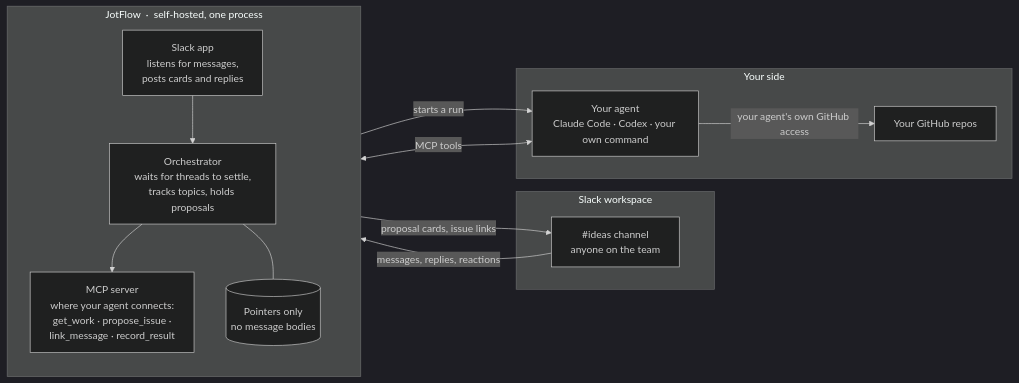
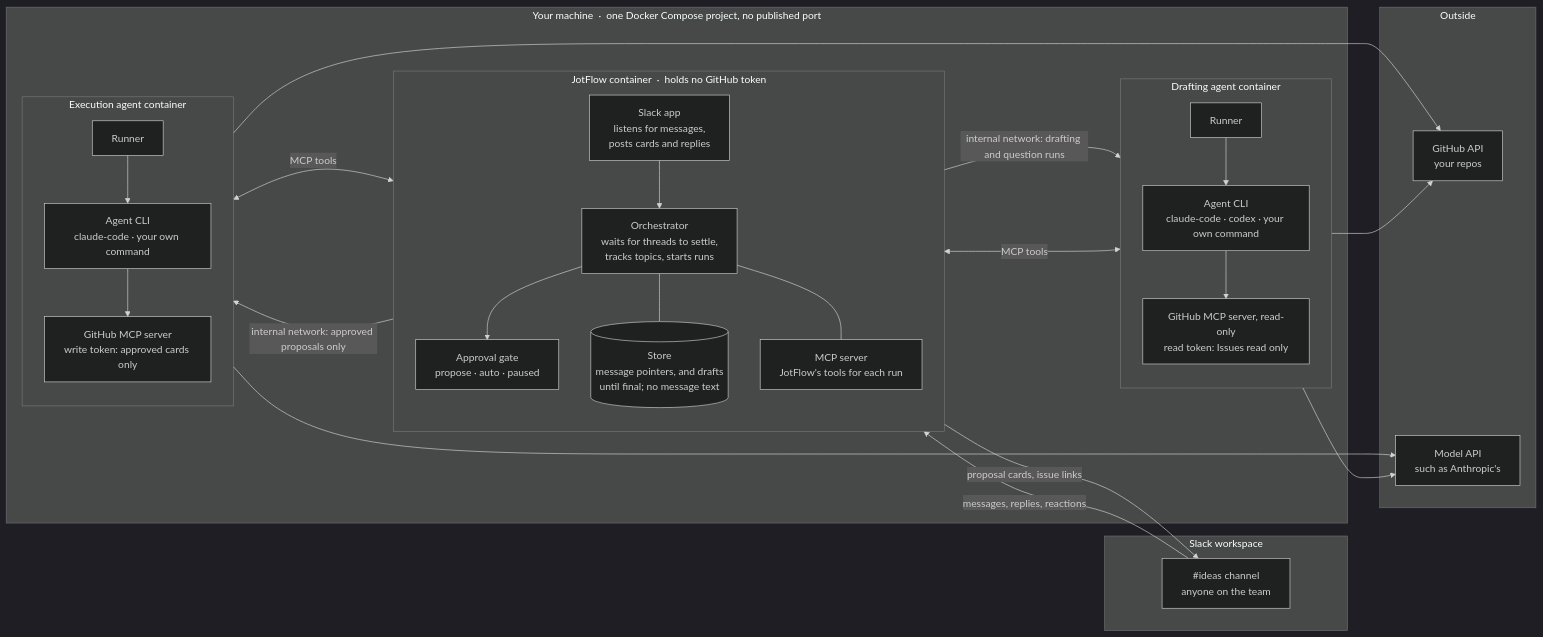
Before and after one commit to Jnkman787/jotflow: the first of 2 diagrams in README.md, drawn with Mermaid (dark theme). The commit also changed other lines of this file, not shown here.

Commit message:
docs(readme): redraw both diagrams for v0.1.0's three containers and the gate's checks (#223)
* docs(readme): redraw both diagrams for v0.1.0's three containers and the gate's checks

Refs #41

* docs(readme): the source-author check applies only with approvers on

````diff
--- a/README.md
+++ b/README.md
@@ -19,27 +19,50 @@
 ```mermaid
 flowchart LR
     subgraph slack["Slack workspace"]
         ch["#ideas channel<br/>anyone on the team"]
     end
 
-    subgraph jotflow["JotFlow &nbsp;·&nbsp; self-hosted, one process"]
-        direction TB
-        app["Slack app<br/>listens for messages,<br/>posts cards and replies"]
-        core["Orchestrator<br/>waits for threads to settle,<br/>tracks topics, holds proposals"]
-        mcp["MCP server<br/>where your agent connects:<br/>get_work · propose_issue ·<br/>link_message · record_result"]
-        db[("Pointers only<br/>no message bodies")]
-        app --> core --> mcp
-        core --- db
+    subgraph host["Your machine &nbsp;·&nbsp; one Docker Compose project, no published port"]
+        subgraph jf["JotFlow container &nbsp;·&nbsp; holds no GitHub token"]
+            direction TB
+            app["Slack app<br/>listens for messages,<br/>posts cards and replies"]
+            core["Orchestrator<br/>waits for threads to settle,<br/>tracks topics, starts runs"]
+            gate["Approval gate<br/>propose · auto · paused"]
+            mcp["MCP server<br/>JotFlow's tools for each run"]
+            db[("Store<br/>message pointers, and drafts<br/>until final; no message text")]
+            app --> core --> gate
+            core --- db
+            core --- mcp
+        end
+
+        subgraph drafting["Drafting agent container"]
+            direction TB
+            r1["Runner"] --> cli1["Agent CLI<br/>claude-code · codex · your own command"]
+            ro["GitHub MCP server, read-only<br/>read token: Issues read only"]
+            cli1 --> ro
+        end
+
+        subgraph execution["Execution agent container"]
+            direction TB
+            r2["Runner"] --> cli2["Agent CLI<br/>claude-code · your own command"]
+            rw["GitHub MCP server<br/>write token: approved cards only"]
+            cli2 --> rw
+        end
     end
 
-    subgraph yours["Your side"]
-        agent["Your agent<br/>Claude Code · Codex · your own command"]
-        gh["Your GitHub repos"]
+    subgraph outside["Outside"]
+        gh["GitHub API<br/>your repos"]
+        model["Model API<br/>such as Anthropic's"]
     end
 
     ch -- "messages, replies, reactions" --> app
     app -- "proposal cards, issue links" --> ch
-    core -- "starts a run" --> agent
-    agent <-- "MCP tools" --> mcp
-    agent -- "your agent's own GitHub access" --> gh
+    core -- "internal network: drafting and question runs" --> r1
+    gate -- "internal network: approved proposals only" --> r2
+    cli1 <-- "MCP tools" --> mcp
+    cli2 <-- "MCP tools" --> mcp
+    ro --> gh
+    rw --> gh
+    cli1 --> model
+    cli2 --> model
 ```
````
